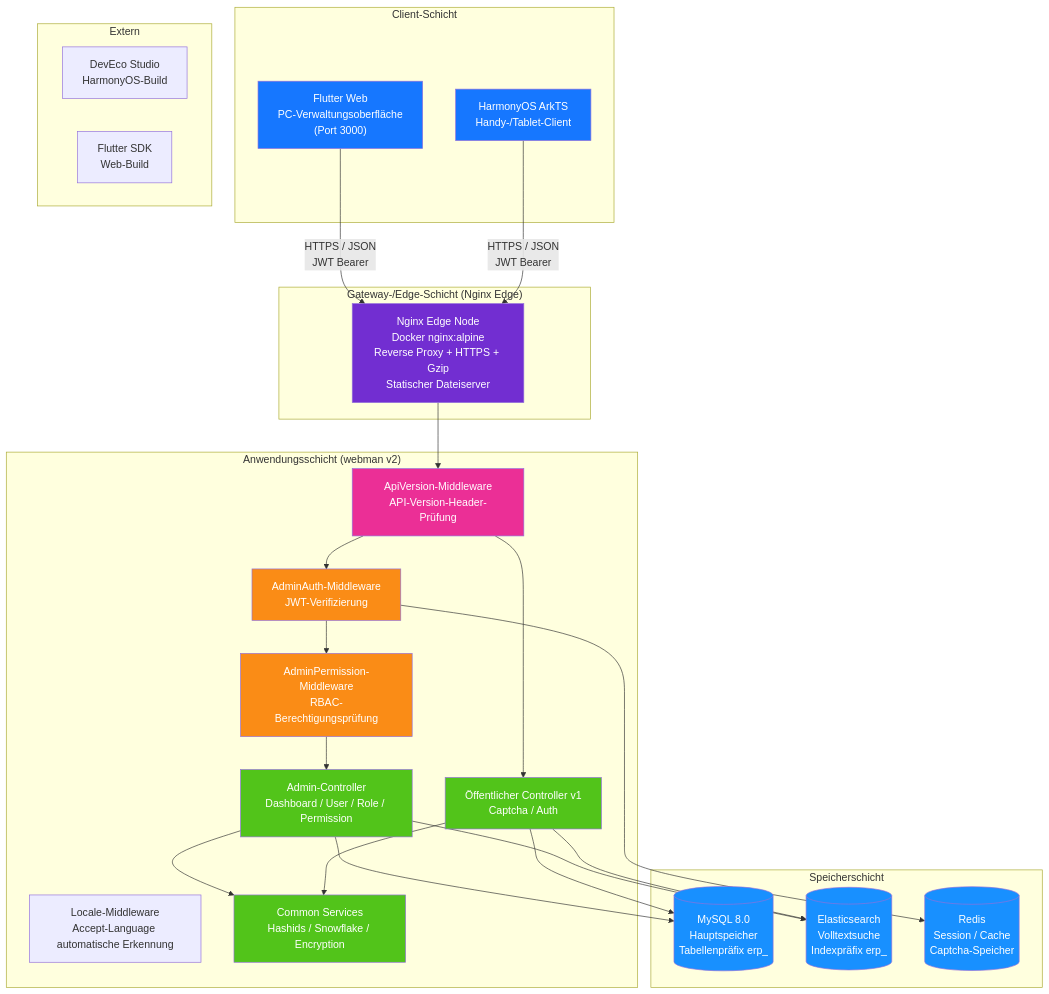
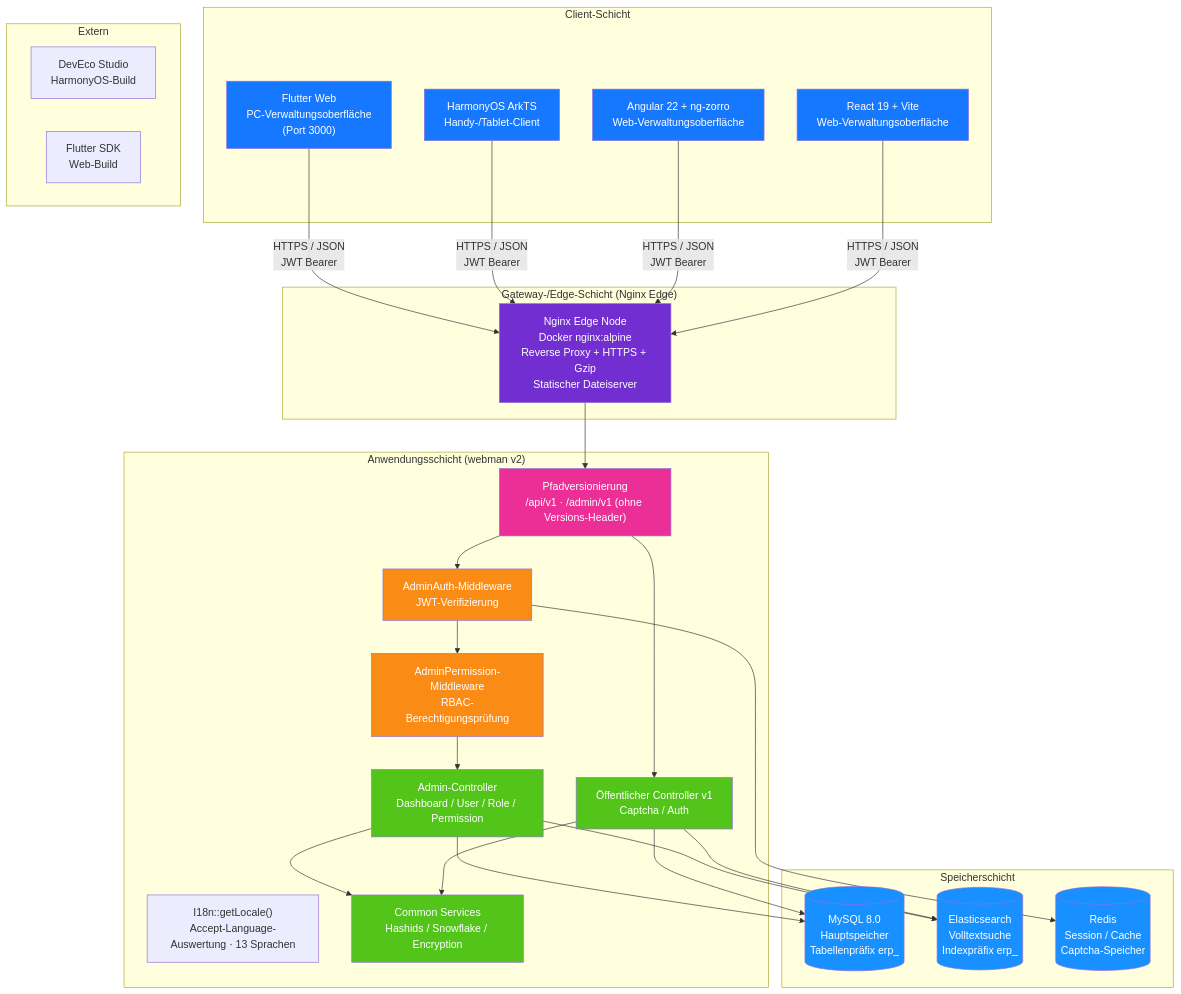
Before and after one commit to erikwang2013/erp-php: the first of 20 diagrams in docs/i18n/de/ARCHITECTURE.md, drawn with Mermaid. The commit also changed other lines of this file and 325 other files, not shown here.

````diff
--- a/docs/i18n/de/ARCHITECTURE.md
+++ b/docs/i18n/de/ARCHITECTURE.md
@@ -11,60 +11,66 @@
 ```mermaid
 flowchart TB
     subgraph "Client-Schicht"
         A1["Flutter Web<br/>PC-Verwaltungsoberfläche<br/>(Port 3000)"]
         A2["HarmonyOS ArkTS<br/>Handy-/Tablet-Client"]
+        A3["Angular 22 + ng-zorro<br/>Web-Verwaltungsoberfläche"]
+        A4["React 19 + Vite<br/>Web-Verwaltungsoberfläche"]
     end
 
     subgraph "Gateway-/Edge-Schicht (Nginx Edge)"
         B1["Nginx Edge Node<br/>Docker nginx:alpine<br/>Reverse Proxy + HTTPS + Gzip<br/>Statischer Dateiserver"]
     end
 
     subgraph "Anwendungsschicht (webman v2)"
-        C_LOC["Locale-Middleware<br/>Accept-Language automatische Erkennung"]
-        C0["ApiVersion-Middleware<br/>API-Version-Header-Prüfung"]
+        C_LOC["I18n::getLocale()<br/>Accept-Language-Auswertung · 13 Sprachen"]
+        C0["Pfadversionierung<br/>/api/v1 · /admin/v1 (ohne Versions-Header)"]
         C1["AdminAuth-Middleware<br/>JWT-Verifizierung"]
         C2["AdminPermission-Middleware<br/>RBAC-Berechtigungsprüfung"]
         C3["Admin-Controller<br/>Dashboard / User / Role / Permission"]
         C4["Öffentlicher Controller v1<br/>Captcha / Auth"]
         C5["Common Services<br/>Hashids / Snowflake / Encryption"]
     end
 
     subgraph "Speicherschicht"
         D1[("MySQL 8.0<br/>Hauptspeicher<br/>Tabellenpräfix erp_")]
         D2[("Elasticsearch<br/>Volltextsuche<br/>Indexpräfix erp_")]
         D3[("Redis<br/>Session / Cache<br/>Captcha-Speicher")]
     end
 
     subgraph "Extern"
         E1["DevEco Studio<br/>HarmonyOS-Build"]
         E2["Flutter SDK<br/>Web-Build"]
     end
 
     A1 -->|"HTTPS / JSON<br/>JWT Bearer"| B1
     A2 -->|"HTTPS / JSON<br/>JWT Bearer"| B1
+    A3 -->|"HTTPS / JSON<br/>JWT Bearer"| B1
+    A4 -->|"HTTPS / JSON<br/>JWT Bearer"| B1
     B1 --> C0
     C0 --> C1
     C1 --> C2
     C2 --> C3
     C0 --> C4
     C3 --> C5
     C4 --> C5
     C3 --> D1
     C4 --> D1
     C3 --> D2
     C4 --> D2
     C1 --> D3
 
     style A1 fill:#1677FF,color:#fff
     style A2 fill:#1677FF,color:#fff
+    style A3 fill:#1677FF,color:#fff
+    style A4 fill:#1677FF,color:#fff
     style B1 fill:#722ED1,color:#fff
     style C0 fill:#EB2F96,color:#fff
     style C1 fill:#FA8C16,color:#fff
     style C2 fill:#FA8C16,color:#fff
     style C3 fill:#52C41A,color:#fff
     style C4 fill:#52C41A,color:#fff
     style C5 fill:#52C41A,color:#fff
     style D1 fill:#1890FF,color:#fff
     style D2 fill:#1890FF,color:#fff
     style D3 fill:#1890FF,color:#fff
 ```
````
